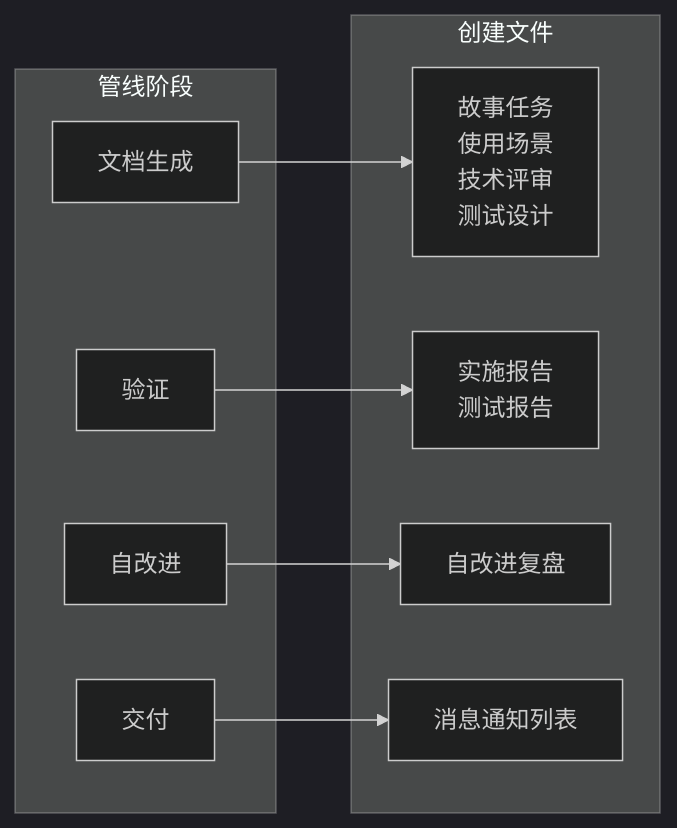
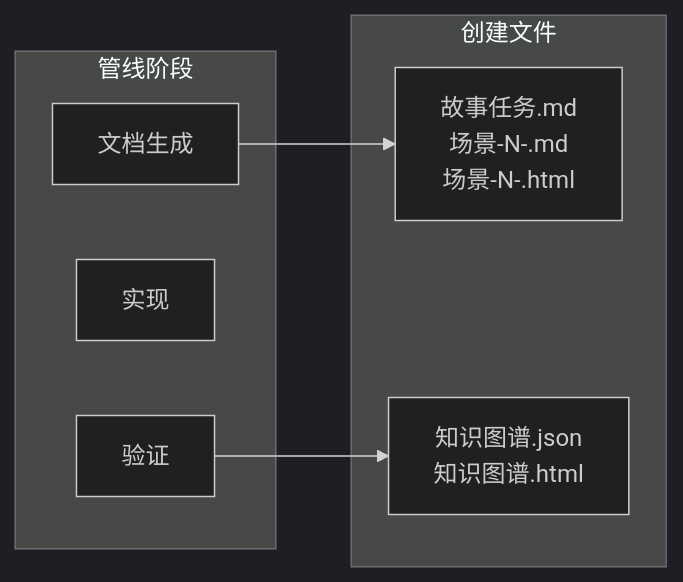
Before and after one commit to effiy/YrY: the fifth of 11 diagrams in rules/doc-generation.md, drawn with Mermaid (dark theme). The commit also changed other lines of this file and 37 other files, not shown here.

````diff
--- a/rules/doc-generation.md
+++ b/rules/doc-generation.md
@@ -248,20 +248,15 @@
 ```mermaid
 flowchart LR
     subgraph 阶段["管线阶段"]
         P1["文档生成"]:::phase
-        P2["验证"]:::phase
-        P3["自改进"]:::phase
-        P4["交付"]:::phase
+        P2["实现"]:::phase
+        P3["验证"]:::phase
     end
     subgraph 产出["创建文件"]
-        O1["故事任务<br/>使用场景<br/>技术评审<br/>测试设计"]:::file
-        O2["实施报告<br/>测试报告"]:::file
-        O3["自改进复盘"]:::file
-        O4["消息通知列表"]:::file
+        O1["故事任务.md<br/>场景-N-<slug>.md<br/>场景-N-<slug>.html"]:::file
+        O2["知识图谱.json<br/>知识图谱.html"]:::file
     end
     P1 --> O1
-    P2 --> O2
-    P3 --> O3
-    P4 --> O4
+    P3 --> O2
 
 ```
````
